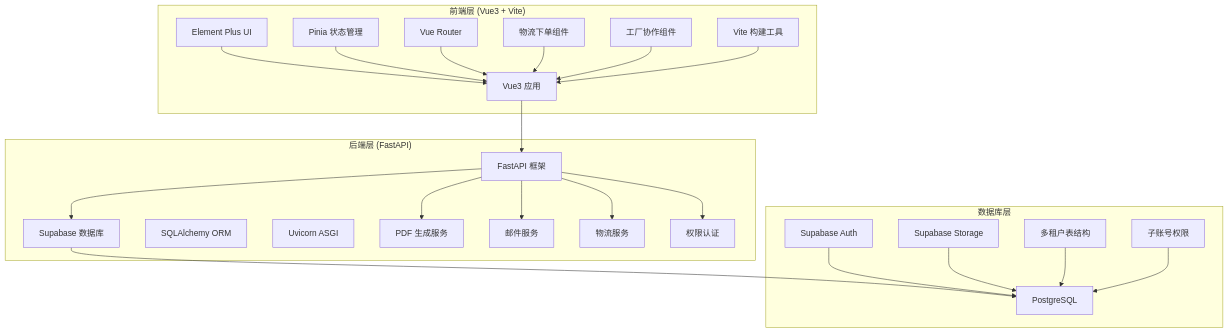
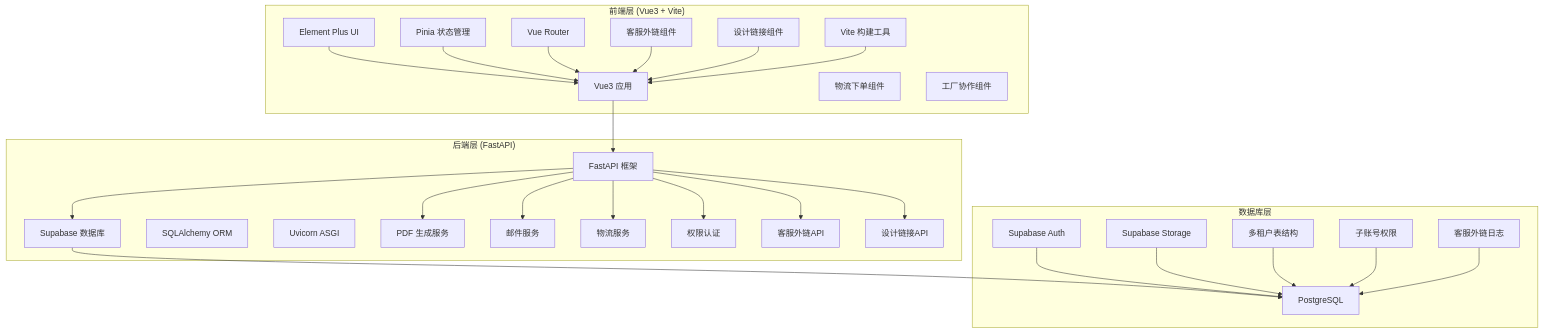
Before and after one commit to SY6621/POD-Order-Management: the first of 7 diagrams in .qoder/repowiki/zh/content/开发指南/开发指南.md, drawn with Mermaid. The commit also changed other lines of this file and 15 other files, not shown here.

````diff
--- a/.qoder/repowiki/zh/content/开发指南/开发指南.md
+++ b/.qoder/repowiki/zh/content/开发指南/开发指南.md
@@ -163,46 +178,54 @@
 ```mermaid
 graph TB
 subgraph "前端层 (Vue3 + Vite)"
 Vue3[Vue3 应用]
 Vite[Vite 构建工具]
 ElementPlus[Element Plus UI]
 Pinia[Pinia 状态管理]
 Router[Vue Router]
+ServiceLink[客服外链组件]
+DesignLink[设计链接组件]
 Shipping[物流下单组件]
 Factory[工厂协作组件]
 end
 subgraph "后端层 (FastAPI)"
 FastAPI[FastAPI 框架]
 Supabase[Supabase 数据库]
 SQLAlchemy[SQLAlchemy ORM]
 Uvicorn[Uvicorn ASGI]
 PDFService[PDF 生成服务]
 EmailService[邮件服务]
 ShippingService[物流服务]
 AuthService[权限认证]
+ServiceLinkAPI[客服外链API]
+DesignLinkAPI[设计链接API]
 end
 subgraph "数据库层"
 Postgres[PostgreSQL]
 SupabaseAuth[Supabase Auth]
 SupabaseStorage[Supabase Storage]
 MultiTenant[多租户表结构]
 SubAccount[子账号权限]
+ServiceLinkLogs[客服外链日志]
 end
 Vue3 --> FastAPI
 ElementPlus --> Vue3
 Pinia --> Vue3
 Router --> Vue3
-Shipping --> Vue3
-Factory --> Vue3
+ServiceLink --> Vue3
+DesignLink --> Vue3
 Vite --> Vue3
 FastAPI --> Supabase
 FastAPI --> PDFService
 FastAPI --> EmailService
 FastAPI --> ShippingService
 FastAPI --> AuthService
+FastAPI --> ServiceLinkAPI
+FastAPI --> DesignLinkAPI
 Supabase --> Postgres
 SupabaseAuth --> Postgres
 SupabaseStorage --> Postgres
 MultiTenant --> Postgres
 SubAccount --> Postgres
+ServiceLinkLogs --> Postgres
 ```
````
